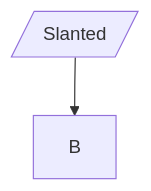
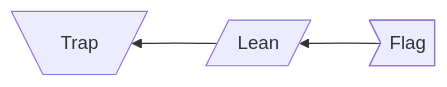
Before and after one commit to GeertBosch/mdcat: diagram 15 of 22 in tests/mermaid-shapes.md, drawn with Mermaid. The commit also changed other lines of this file and 9 other files, not shown here.

Commit message:
Draw Mermaid slanted shapes and flag, and read A@{ shape } nodes

````diff
--- a/tests/mermaid-shapes.md
+++ b/tests/mermaid-shapes.md
@@ -154,4 +209,4 @@
 ```mermaid
-graph TD
-    a[/Slanted/] --> b[B]
+graph RL
+    a>Flag] --> b[/Lean/] --> c[\Trap/]
 ```
````
